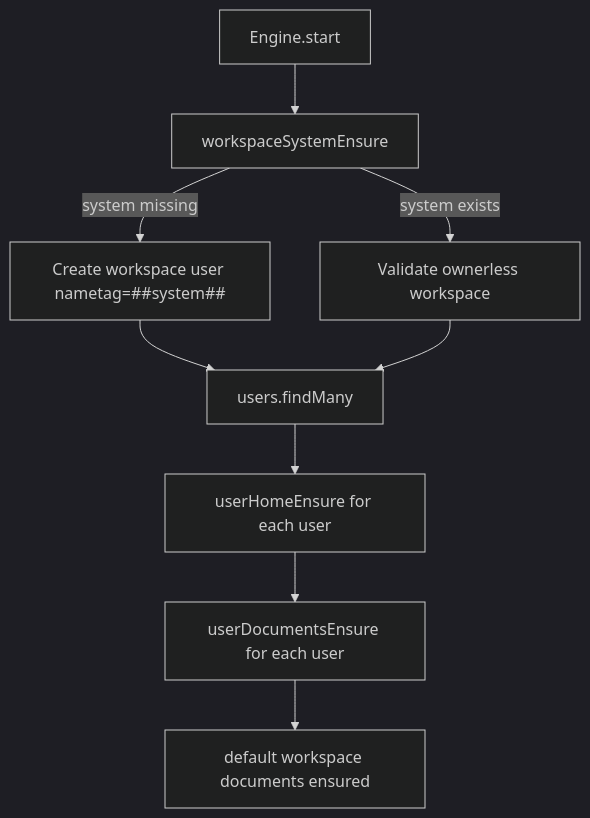
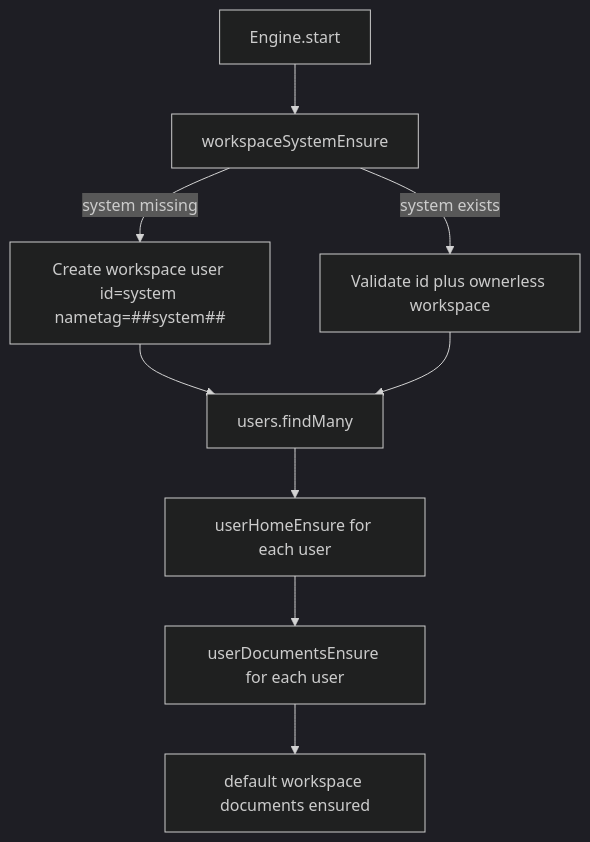
Before and after one commit to ex3ndr/daycare: the diagram in doc/20260308-system-workspace-bootstrap.md, drawn with Mermaid (dark theme). The commit also changed other lines of this file and 6 other files, not shown here.

Commit message:
fix(cli): reserve system workspace id

````diff
--- a/doc/20260308-system-workspace-bootstrap.md
+++ b/doc/20260308-system-workspace-bootstrap.md
@@ -12,11 +13,11 @@
 ```mermaid
 flowchart TD
     A[Engine.start] --> B[workspaceSystemEnsure]
-    B -->|system missing| C[Create workspace user nametag=##system##]
-    B -->|system exists| D[Validate ownerless workspace]
+    B -->|system missing| C[Create workspace user id=system nametag=##system##]
+    B -->|system exists| D[Validate id plus ownerless workspace]
     C --> E[users.findMany]
     D --> E
     E --> F[userHomeEnsure for each user]
     F --> G[userDocumentsEnsure for each user]
     G --> H[default workspace documents ensured]
 ```
````
